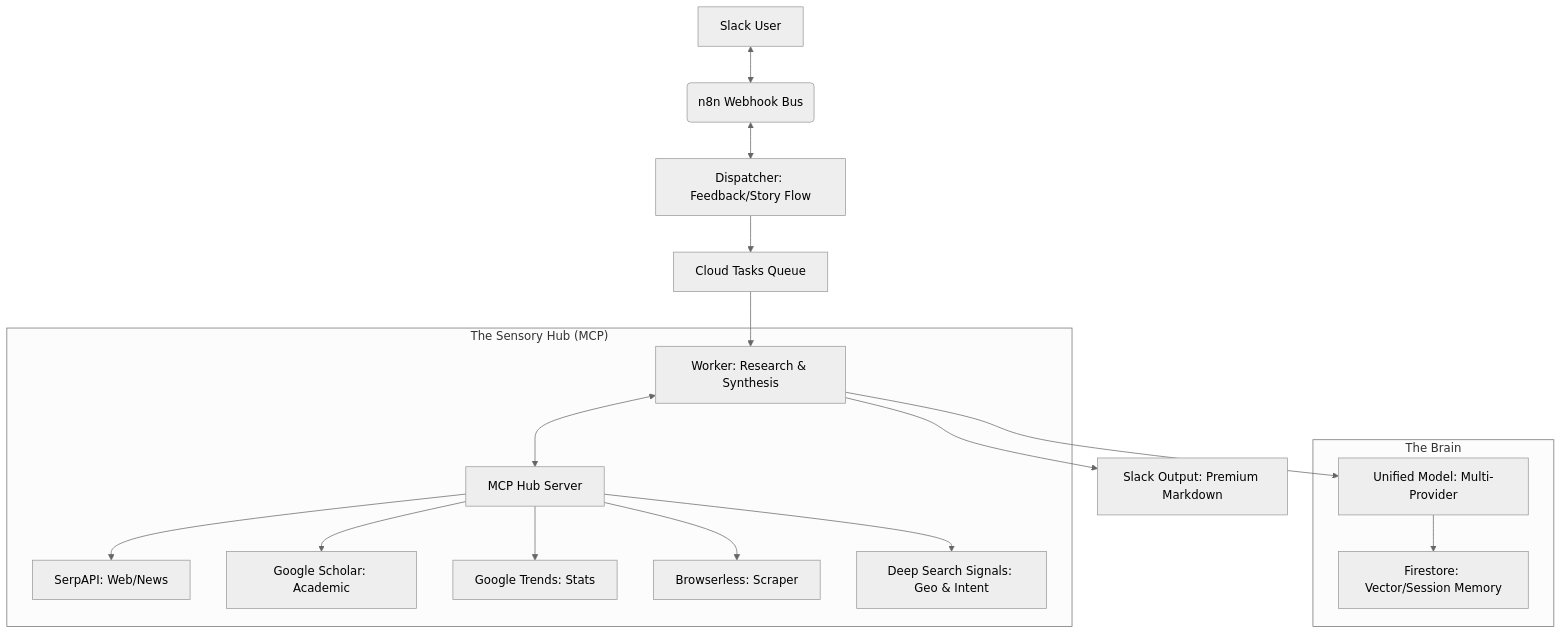
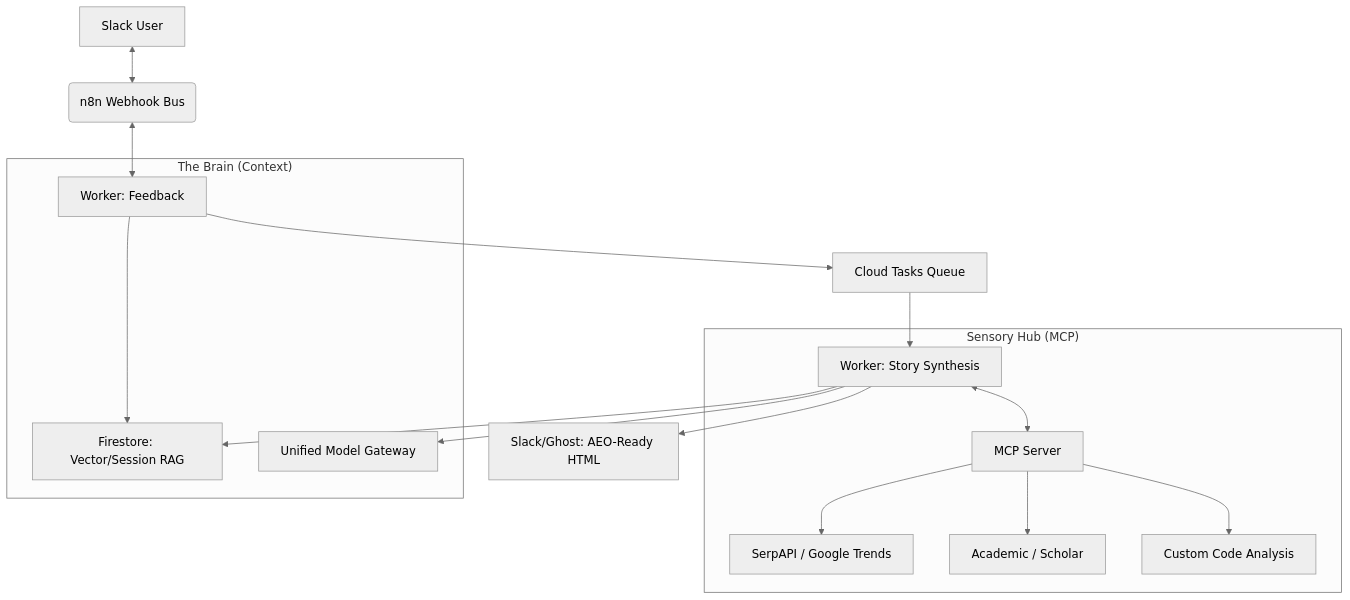
One commit to cephasoo/google-adk-aeo-v2 changed the diagram in README.md. Above: the diagram before and after it, drawn with Mermaid (neutral theme). The commit also changed other lines of this file, not shown here.

Commit message:
docs: modernize project README with modular architecture and professional tone

````diff
--- a/README.md
+++ b/README.md
@@ -24,23 +21,22 @@
 ```mermaid
 graph TD
     A[Slack User] <--> B(n8n Webhook Bus)
-    B <--> C[Dispatcher: Feedback/Story Flow]
+    B <--> C[Worker: Feedback]
     C --> D[Cloud Tasks Queue]
-    D --> E[Worker: Research & Synthesis]
+    D --> E[Worker: Story Synthesis]
     
-    subgraph "The Sensory Hub (MCP)"
-        E <--> F[MCP Hub Server]
-        F --> G[SerpAPI: Web/News]
-        F --> H[Google Scholar: Academic]
-        F --> I[Google Trends: Stats]
-        F --> J[Browserless: Scraper]
-        F --> L[Deep Search Signals: Geo & Intent]
+    subgraph "Sensory Hub (MCP)"
+        E <--> F[MCP Server]
+        F --> G[SerpAPI / Google Trends]
+        F --> H[Academic / Scholar]
+        F --> I[Custom Code Analysis]
     end
 
-    subgraph "The Brain"
-        E --> K[Unified Model: Multi-Provider]
-        K --> M[Firestore: Vector/Session Memory]
+    subgraph "The Brain (Context)"
+        E --> J[Firestore: Vector/Session RAG]
+        C --> J
+        E --> K[Unified Model Gateway]
     end
     
-    E --> N[Slack Output: Premium Markdown]
+    E --> L[Slack/Ghost: AEO-Ready HTML]
 ```
````
